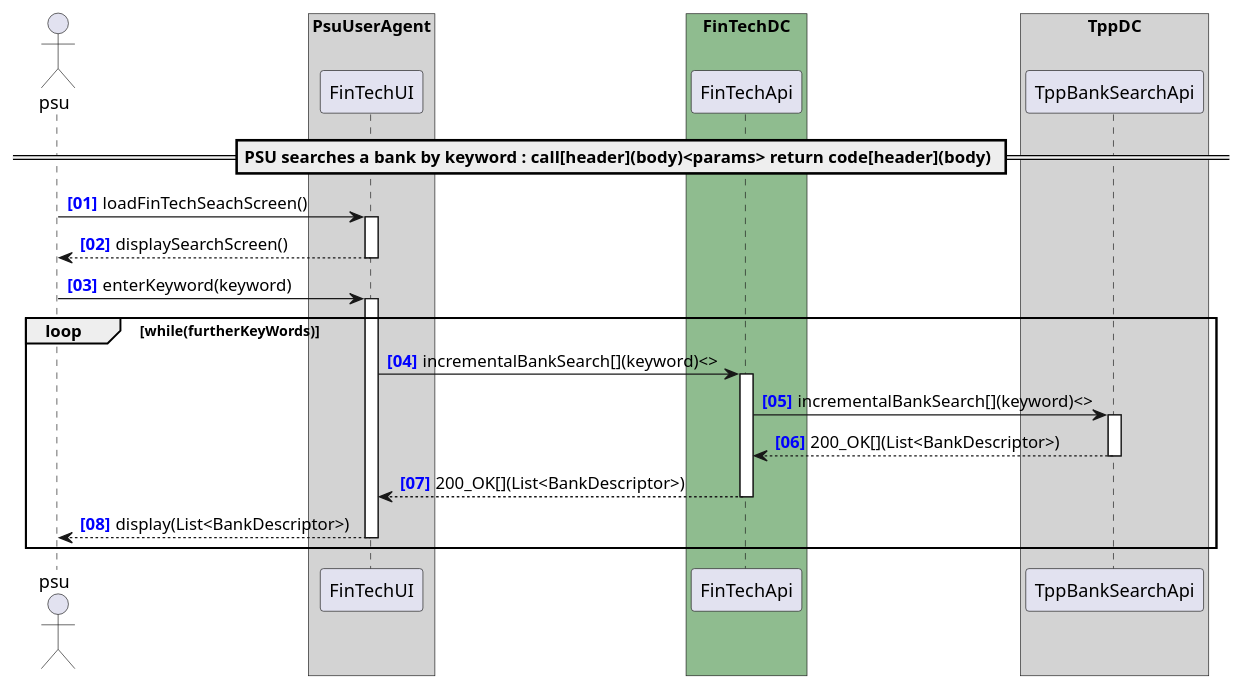
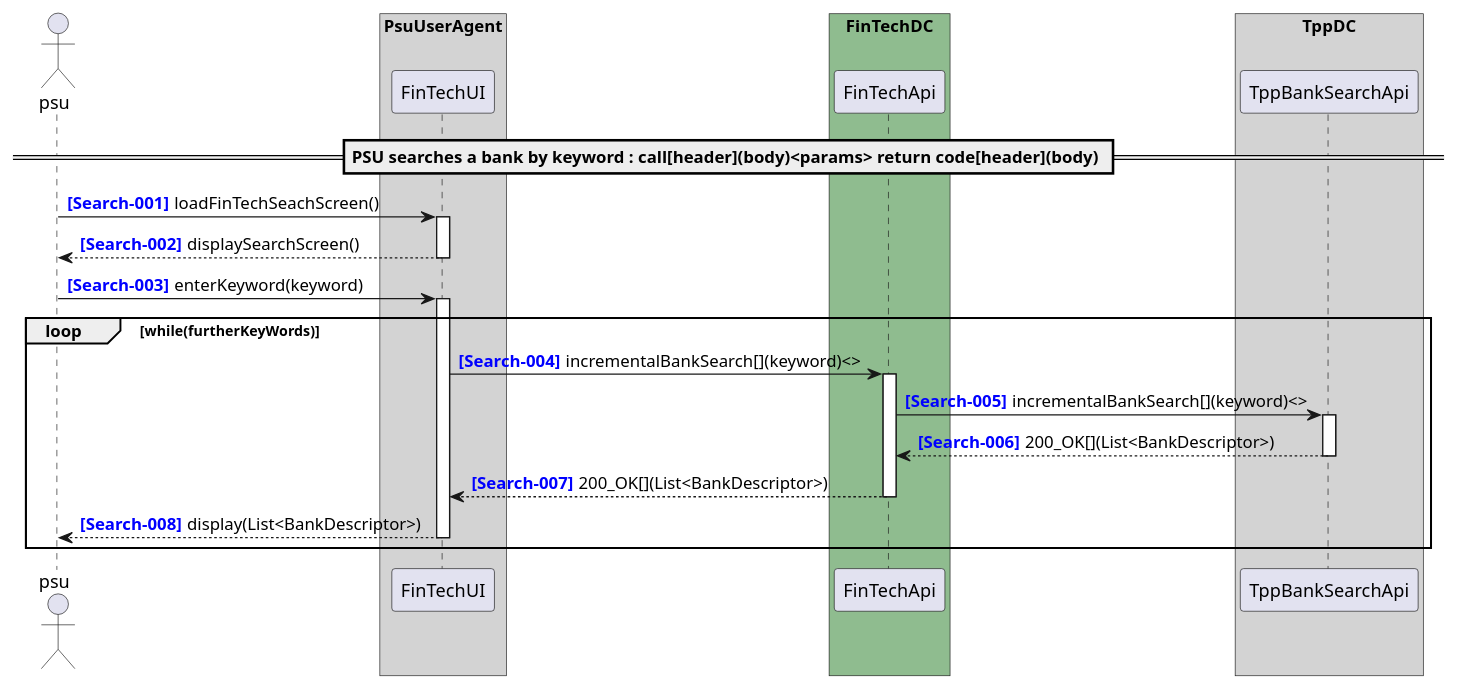
One commit to adorsys/open-banking-gateway changed the diagram in docs/architecture/diagrams/useCases/2-searchBank.puml. Above: the diagram before and after it, drawn with PlantUML. The commit also changed 15 other files, not shown here.

```diff
--- a/docs/architecture/diagrams/useCases/2-searchBank.puml
+++ b/docs/architecture/diagrams/useCases/2-searchBank.puml
@@ -1,40 +1,40 @@
 @startuml
 
-autonumber "<b><color blue>[00]"
+autonumber "<b><color blue>[Search-000]</color></b>"
 actor psu
 
 box "PsuUserAgent" #LightGray
     participant "FinTechUI" as FinTechUI
     'participant "ConsentAuthorisationUI" as ConsentAuthorisationUI
     'participant "OnlineBankingUI" as OnlineBankingUI
 end box
 box "FinTechDC" #DarkSeaGreen
     participant "FinTechApi" as FinTechApi
 end box
 box "TppDC" #LightGray
     'participant "TppBankingApi" as TppBankingApi
     participant "TppBankSearchApi" as TppBankSearchApi
     'participant "ConsentAuthorisationApi" as ConsentAuthorisationApi
 
     'participant "RedirectSessionStoreApi" as RedirectSessionStoreApi
     'participant "BankingProtocolSelector" as BankingProtocolSelector
     'participant "BankingProtocol" as BankingProtocol
 end box
 box "AspspDC" #LightSkyBlue
 	'participant "AspspBankingApi" as AspspBankingApi
     'participant "OnlineBankingApi" as OnlineBankingApi
 end box
 
 == PSU searches a bank by keyword : call[header](body)<params> return code[header](body) ==
 
 psu -> FinTechUI ++ : loadFinTechSeachScreen()
 return displaySearchScreen()
 psu -> FinTechUI ++ : enterKeyword(keyword)
 loop while(furtherKeyWords)
 FinTechUI -> FinTechApi ++ : incrementalBankSearch[](keyword)<>
 FinTechApi -> TppBankSearchApi ++ : incrementalBankSearch[](keyword)<>
 return 200_OK[](List<BankDescriptor>)
 return 200_OK[](List<BankDescriptor>)
 return display(List<BankDescriptor>)
 end
 @enduml
```
